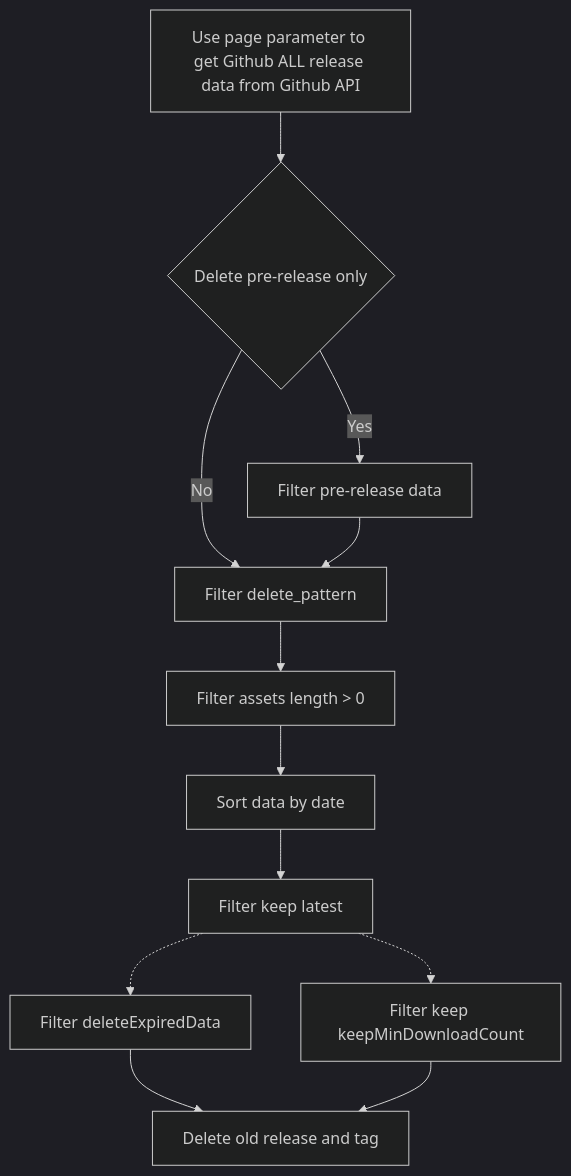
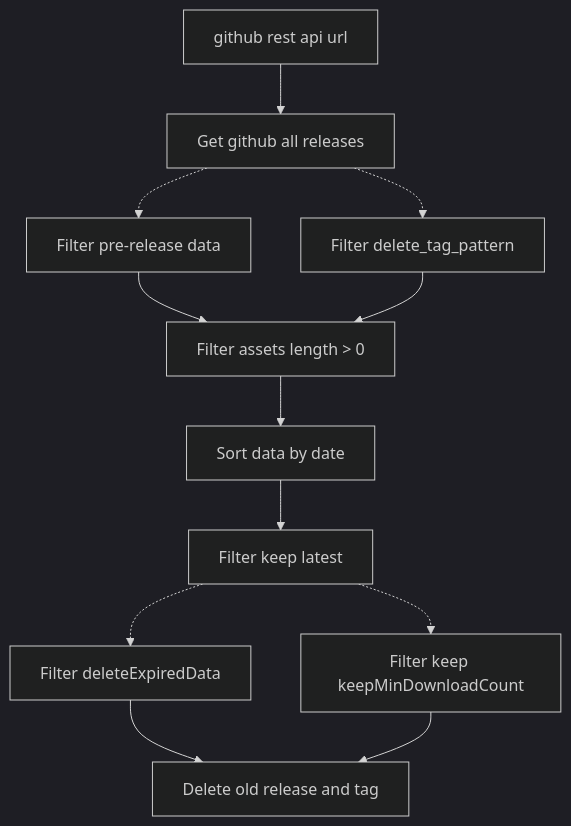
One commit to dev-drprasad/delete-older-releases changed the diagram in README.md. Above: the diagram before and after it, drawn with Mermaid (dark theme). The commit also changed other lines of this file, not shown here.

````diff
--- a/README.md
+++ b/README.md
@@ -87,23 +87,25 @@
 ```mermaid
 flowchart TD 
+01[github rest api url]
+02[Get github all releases]
+03[Filter pre-release data]
+04[Filter delete_tag_pattern]
+05[Filter assets length > 0]
+06[Sort data by date]
+07[Filter keep latest]
+08[Filter keep keepMinDownloadCount]
+09[Filter deleteExpiredData]
+10[Delete old release and tag]
 
-    A[Use page parameter to get Github ALL release data from Github API] --> B{Delete pre-release only}
-    
-    B --> |Yes| C[Filter pre-release data]
-    B --> |No| D[Filter delete_pattern]
-    C --> D
-
-    D --> E[Filter assets length > 0]
-
-    E --> F[Sort data by date]
-
-    F --> G[Filter keep latest]
-
-    G -.-> H[Filter keep keepMinDownloadCount]
-
-    G -.-> I[Filter deleteExpiredData]
-    
-    I --> J[Delete old release and tag]
-    
-    H --> J
+    01 --> 02
+    02 -.-> 03
+    02 -.-> 04
+    03 --> 05
+    04 --> 05
+    05 --> 06
+    06 --> 07
+    07 -.-> 08
+    07 -.-> 09
+    09 --> 10
+    08 --> 10
 ```
````
